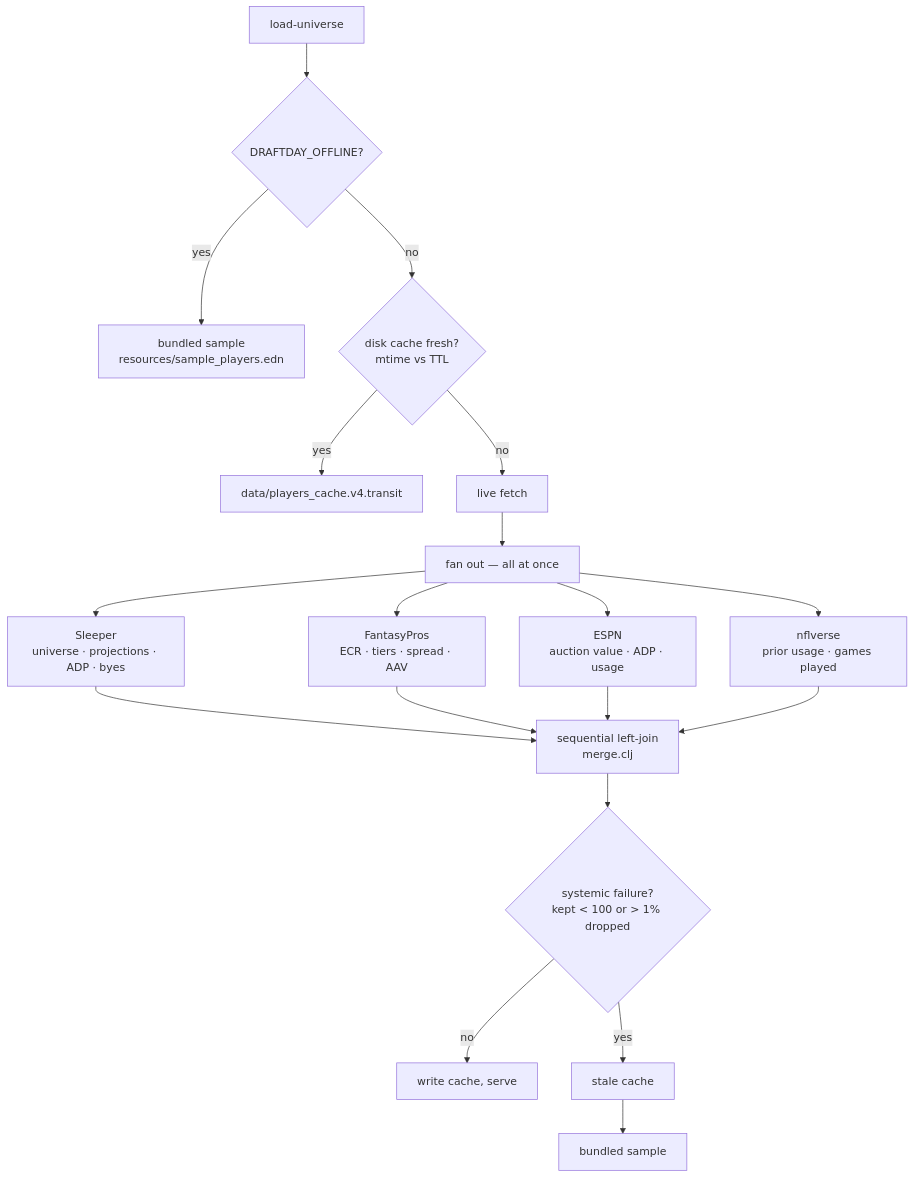
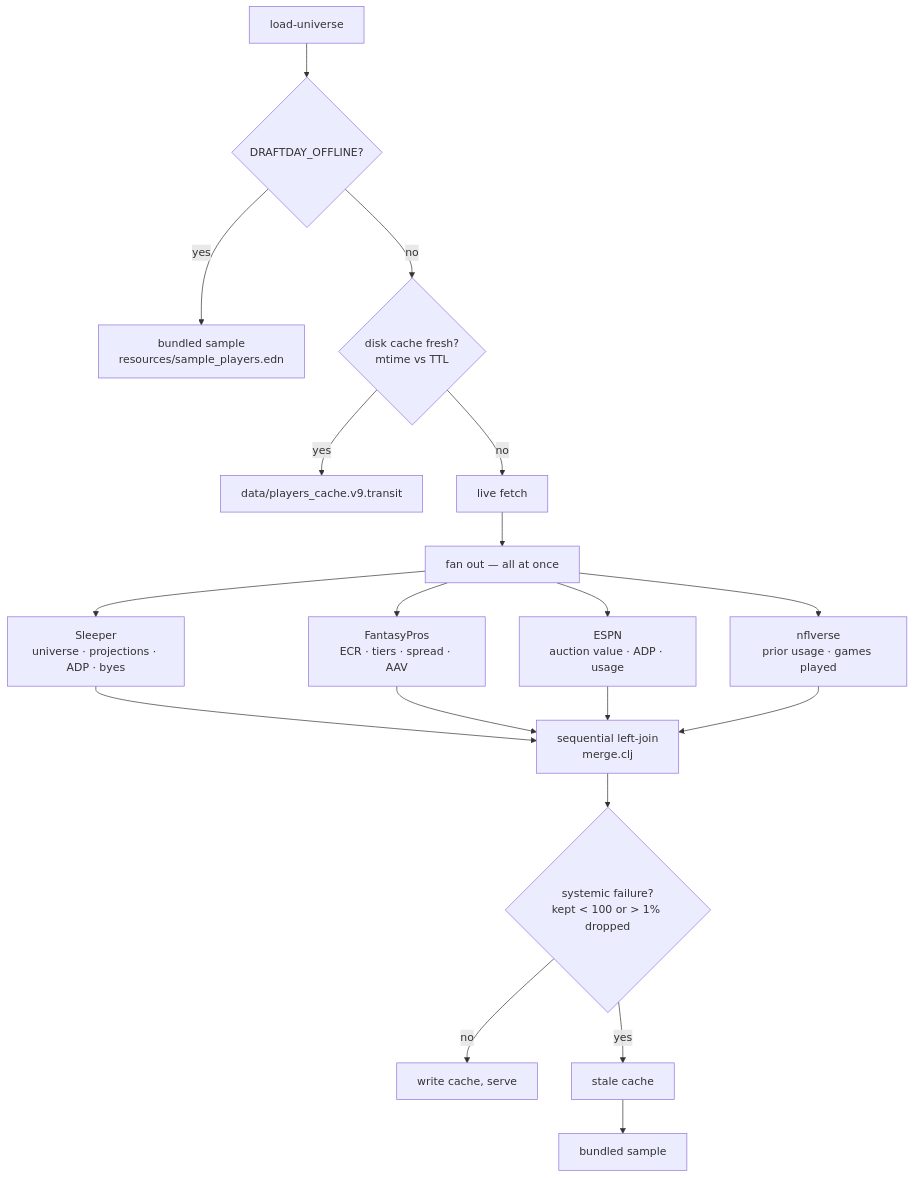
Before and after one commit to RockChalkJay/draft-day-clj: the second of 3 diagrams in README.md, drawn with Mermaid. The commit also changed other lines of this file and 9 other files, not shown here.

````diff
--- a/README.md
+++ b/README.md
@@ -310,24 +325,24 @@
 ```mermaid
 flowchart TD
     start["load-universe"] --> off{"DRAFTDAY_OFFLINE?"}
     off -- yes --> sample["bundled sample<br/>resources/sample_players.edn"]
     off -- no --> fresh{"disk cache fresh?<br/>mtime vs TTL"}
-    fresh -- yes --> cached["data/players_cache.v4.transit"]
+    fresh -- yes --> cached["data/players_cache.v9.transit"]
     fresh -- no --> live["live fetch"]
 
     live --> fan["fan out — all at once"]
     fan --> sleeper["Sleeper<br/>universe · projections · ADP · byes"]
     fan --> fp["FantasyPros<br/>ECR · tiers · spread · AAV"]
     fan --> espn["ESPN<br/>auction value · ADP · usage"]
     fan --> nfl["nflverse<br/>prior usage · games played"]
 
     sleeper --> join["sequential left-join<br/>merge.clj"]
     fp --> join
     espn --> join
     nfl --> join
 
     join --> gate{"systemic failure?<br/>kept &lt; 100 or &gt; 1% dropped"}
     gate -- no --> write["write cache, serve"]
     gate -- yes --> stale["stale cache"]
     stale --> sample2["bundled sample"]
 ```
````
